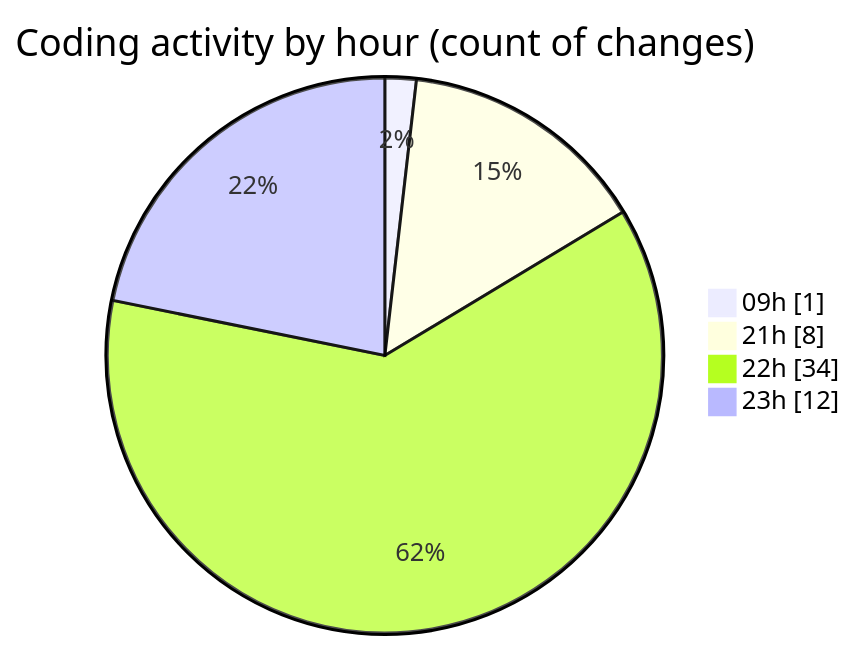
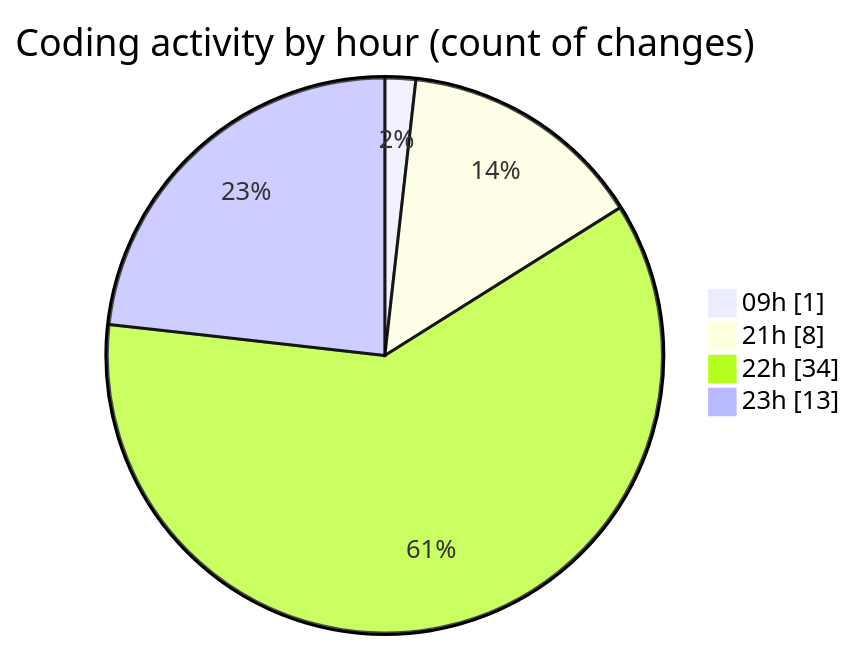
One commit to MatusMokan/code-tracking changed the second of 2 diagrams in 2025-02-19/myws__workspace_/README.md. Above: the diagram before and after it, drawn with Mermaid. The commit also changed other lines of this file and 1 other file, not shown here.

````diff
--- a/2025-02-19/myws__workspace_/README.md
+++ b/2025-02-19/myws__workspace_/README.md
@@ -35,8 +35,8 @@
 ```mermaid
 pie showData
 title Coding activity by hour (count of changes)
 "09h" : 1
 "21h" : 8
 "22h" : 34
-"23h" : 12
+"23h" : 13
 ```
````
